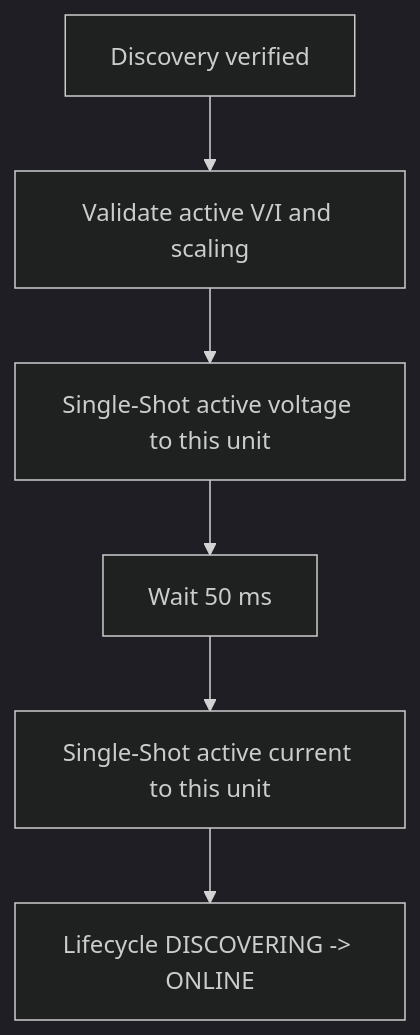
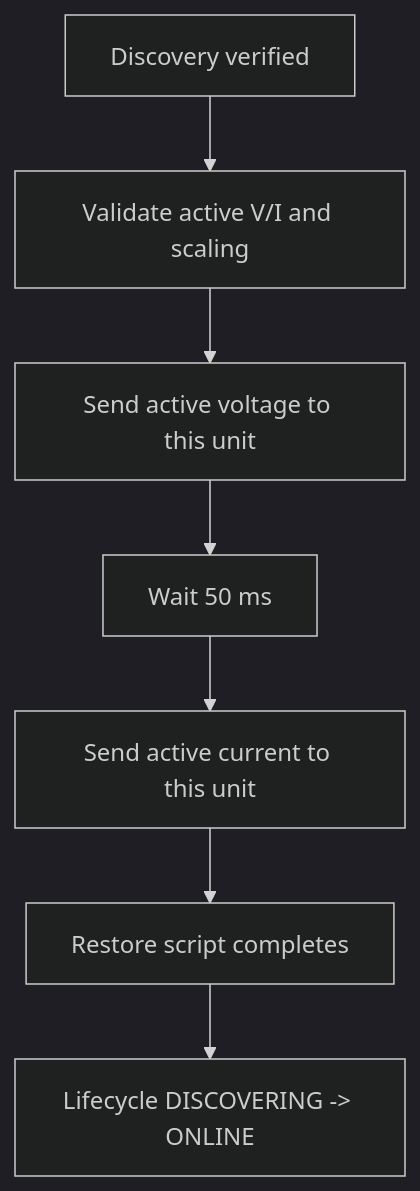
Before and after one commit to anwa/esphome-r4875g1-3phase-charger: the third of 3 diagrams in README.md, drawn with Mermaid (dark theme). The commit also changed other lines of this file, not shown here.

````diff
--- a/README.md
+++ b/README.md
@@ -517,8 +515,9 @@
 ```mermaid
 flowchart TD
     A[Discovery verified] --> B[Validate active V/I and scaling]
-    B --> C[Single-Shot active voltage to this unit]
+    B --> C[Send active voltage to this unit]
     C --> D[Wait 50 ms]
-    D --> E[Single-Shot active current to this unit]
-    E --> F[Lifecycle DISCOVERING -> ONLINE]
+    D --> E[Send active current to this unit]
+    E --> F[Restore script completes]
+    F --> G[Lifecycle DISCOVERING -> ONLINE]
 ```
````
